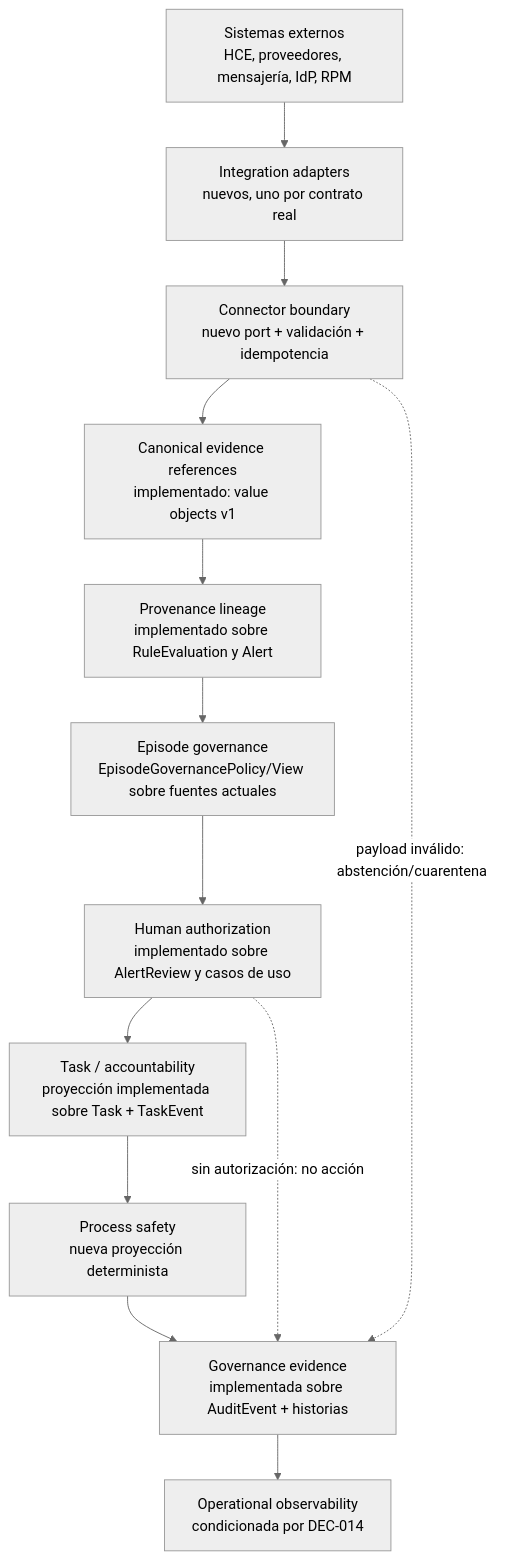
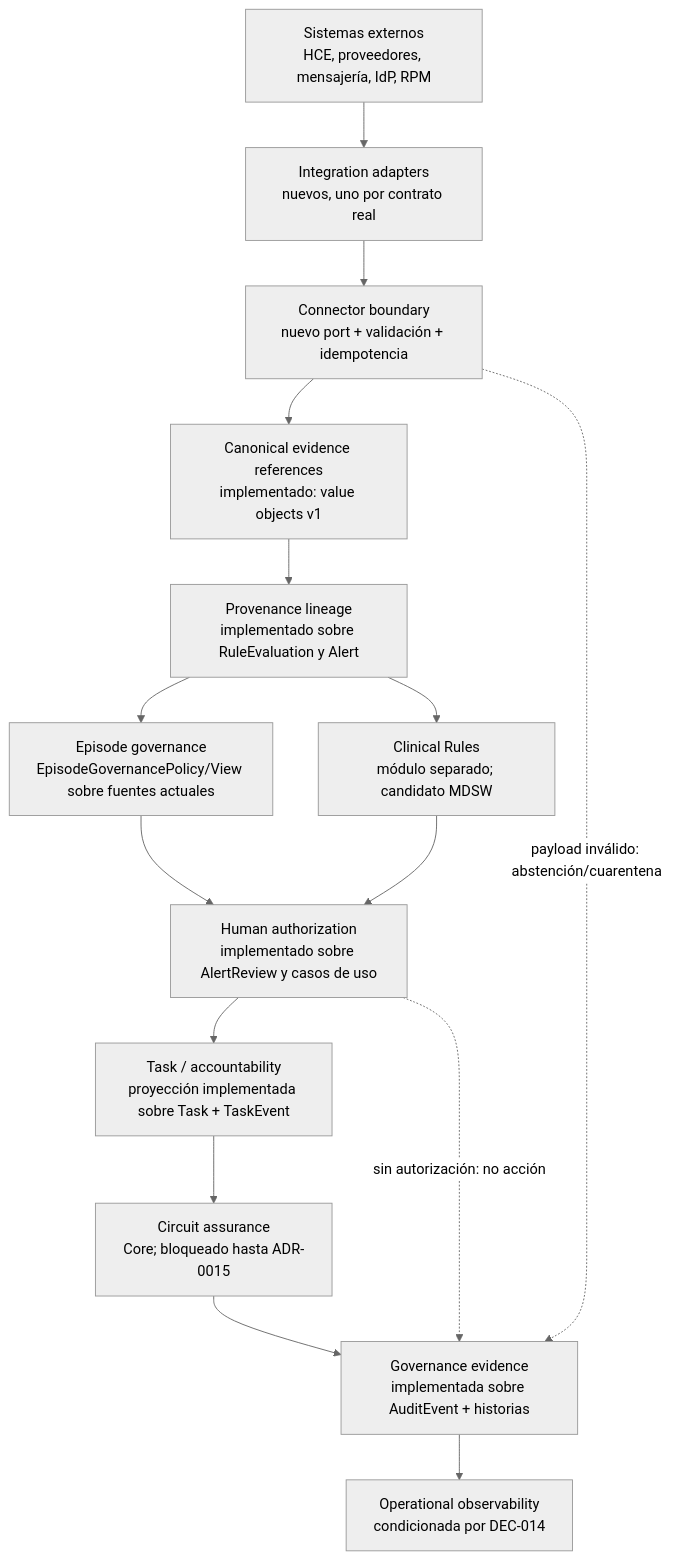
One commit to Luis195f/guardian-alta-segura changed the first of 2 diagrams in docs/architecture/gas2-target-architecture.md. Above: the diagram before and after it, drawn with Mermaid (neutral theme). The commit also changed other lines of this file and 11 other files, not shown here.

Commit message:
docs: define Core and Clinical Rules boundary (#27)

````diff
--- a/docs/architecture/gas2-target-architecture.md
+++ b/docs/architecture/gas2-target-architecture.md
@@ -12,28 +18,31 @@
 ```mermaid
 flowchart TB
   EXT["Sistemas externos<br/>HCE, proveedores, mensajería, IdP, RPM"]
   ADAPTERS["Integration adapters<br/>nuevos, uno por contrato real"]
   CONNECTOR["Connector boundary<br/>nuevo port + validación + idempotencia"]
   SIGNAL["Canonical evidence references<br/>implementado: value objects v1"]
   PROV["Provenance lineage<br/>implementado sobre RuleEvaluation y Alert"]
   EPISODE["Episode governance<br/>EpisodeGovernancePolicy/View sobre fuentes actuales"]
   HUMAN["Human authorization<br/>implementado sobre AlertReview y casos de uso"]
   TASK["Task / accountability<br/>proyección implementada sobre Task + TaskEvent"]
-  PROCESS["Process safety<br/>nueva proyección determinista"]
+  CIRCUIT["Circuit assurance<br/>Core; bloqueado hasta ADR-0015"]
+  CLINICAL["Clinical Rules<br/>módulo separado; candidato MDSW"]
   EVIDENCE["Governance evidence<br/>implementada sobre AuditEvent + historias"]
   OBS["Operational observability<br/>condicionada por DEC-014"]
 
   EXT --> ADAPTERS
   ADAPTERS --> CONNECTOR
   CONNECTOR --> SIGNAL
   SIGNAL --> PROV
   PROV --> EPISODE
   EPISODE --> HUMAN
   HUMAN --> TASK
-  TASK --> PROCESS
-  PROCESS --> EVIDENCE
+  TASK --> CIRCUIT
+  PROV --> CLINICAL
+  CIRCUIT --> EVIDENCE
+  CLINICAL --> HUMAN
   EVIDENCE --> OBS
 
   HUMAN -. "sin autorización: no acción" .-> EVIDENCE
   CONNECTOR -. "payload inválido: abstención/cuarentena" .-> EVIDENCE
 ```
````
